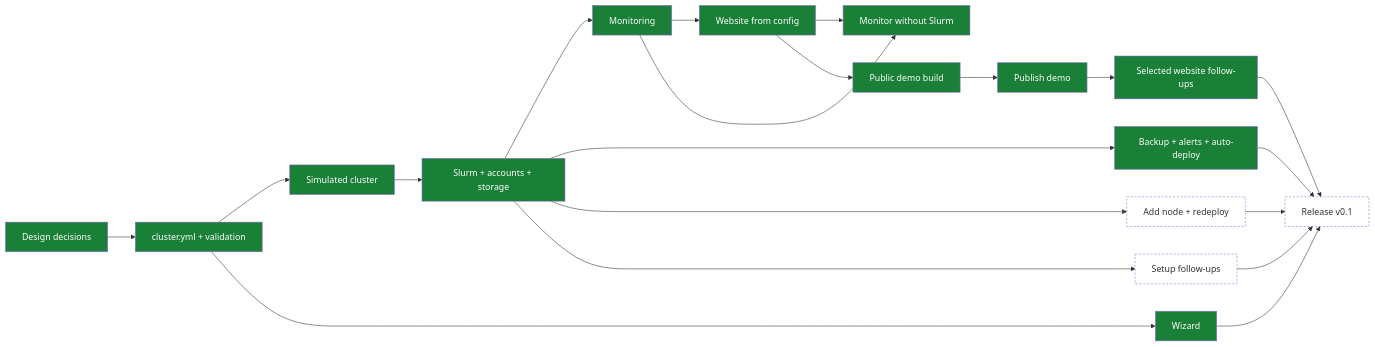
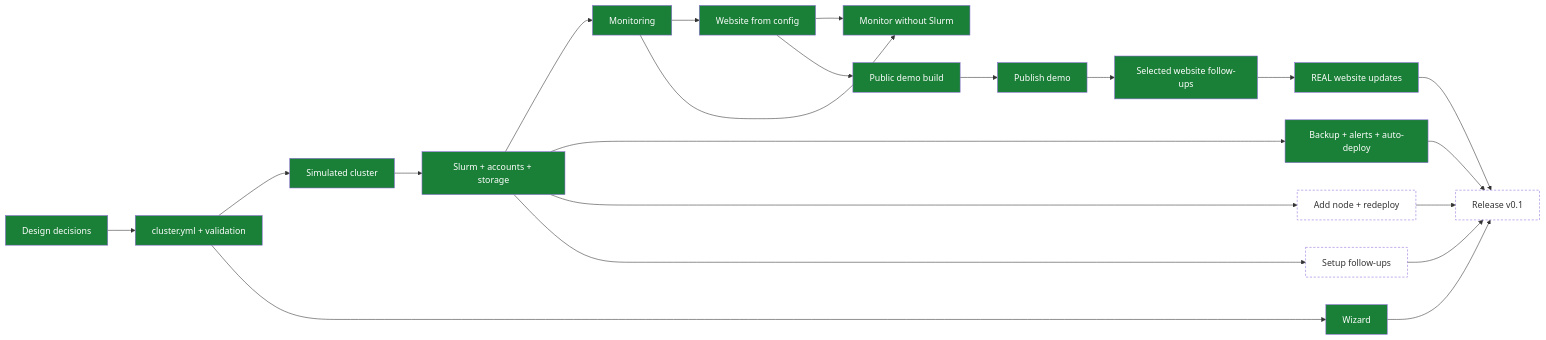
Before and after one commit to enajx/nanoHPC: the diagram in TODO.md, drawn with Mermaid. The commit also changed other lines of this file and 30 other files, not shown here.

First line of the commit message:
Bring REAL website updates and test account filtering

````diff
--- a/TODO.md
+++ b/TODO.md
@@ -11,26 +11,27 @@
 ```mermaid
 flowchart LR
   classDef done fill:#1a7f37,color:#fff
   classDef wip fill:#d4a72c,color:#000
   classDef queued fill:none,stroke-dasharray:4 3
 
   D[Design decisions]:::done --> C[cluster.yml + validation]:::done
   C --> SIM[Simulated cluster]:::done
   SIM --> S[Slurm + accounts + storage]:::done
   S --> M[Monitoring]:::done
   M --> W[Website from config]:::done
   S --> BK[Backup + alerts + auto-deploy]:::done
   C --> WZ[Wizard]:::done
   M --> MO[Monitor without Slurm]:::done
   W --> MO
   S --> N[Add node + redeploy]:::queued
   W --> DEMO[Public demo build]:::done
   DEMO --> DP[Publish demo]:::done
   DP --> WF[Selected website follow-ups]:::done
-  WF --> R[Release v0.1]:::queued
+  WF --> NW[REAL website updates]:::done
+  NW --> R[Release v0.1]:::queued
   BK --> R
   WZ --> R
   N --> R
   S --> F[Setup follow-ups]:::queued
   F --> R
 ```
````
